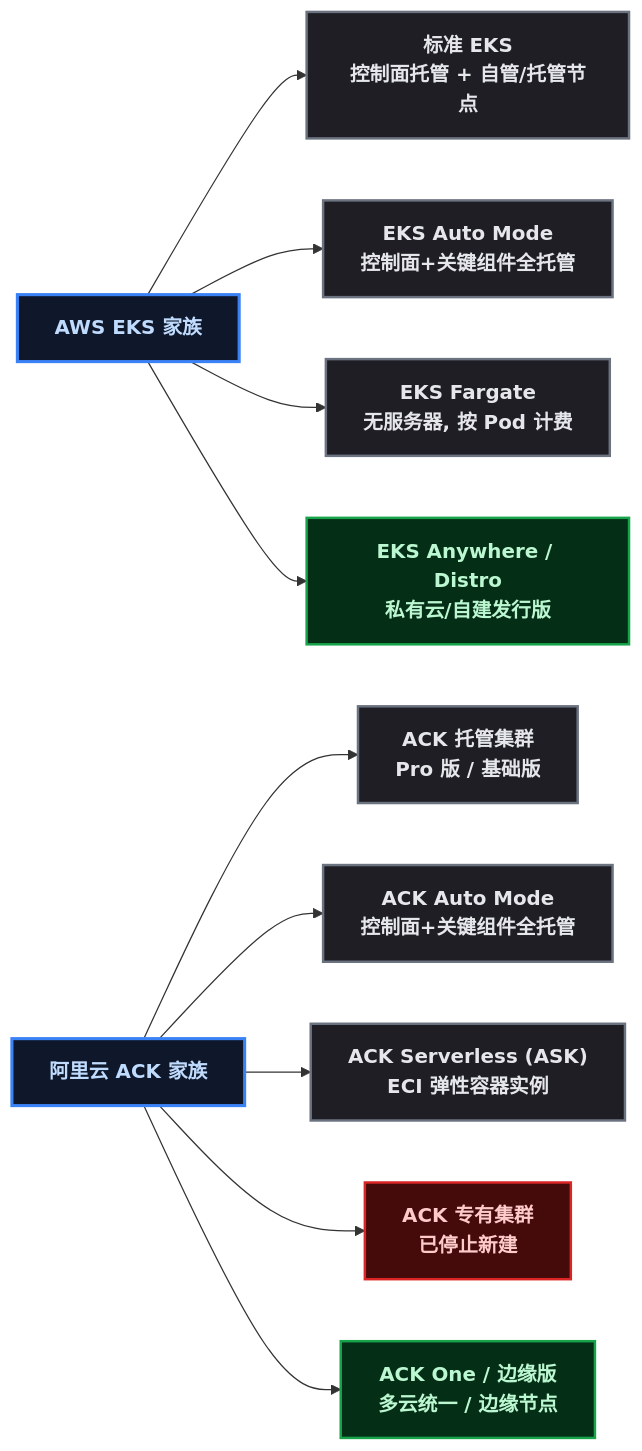
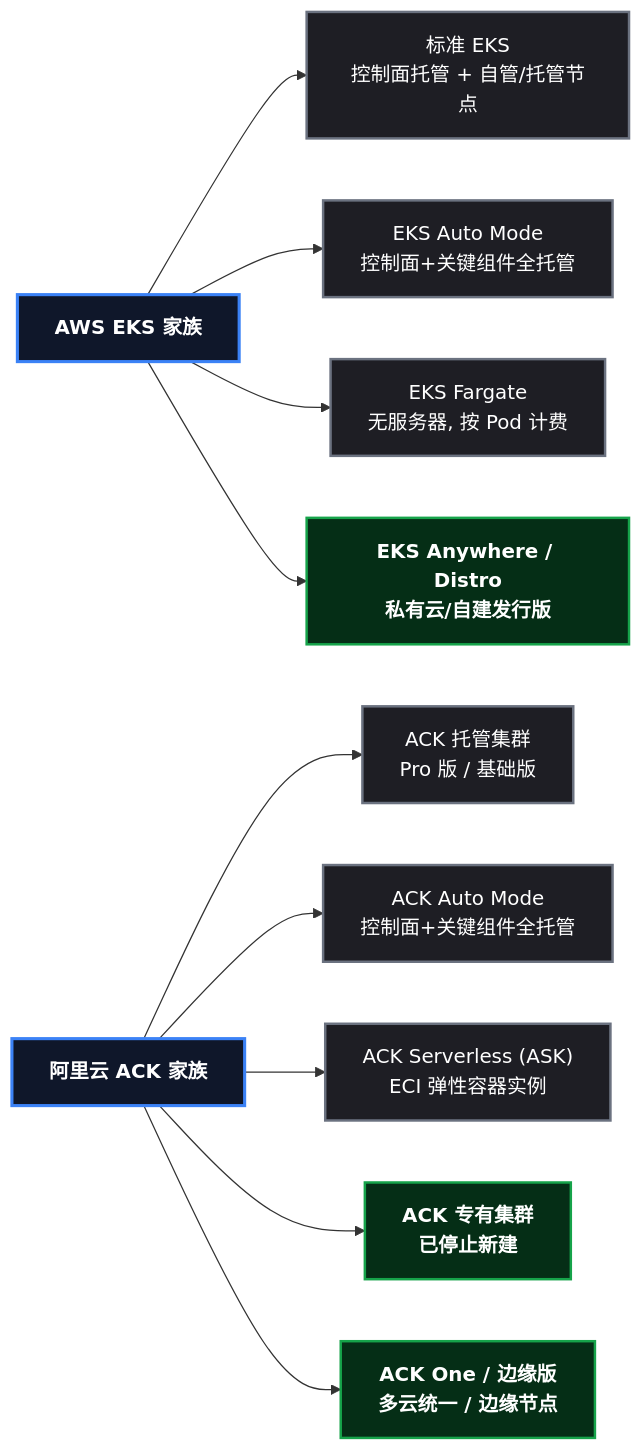
One commit to yaocat55/yaocat55.github.io changed the first of 2 diagrams in content/posts/kubernetes/EksVsAckComparison.md. Above: the diagram before and after it, drawn with Mermaid. The commit also changed other lines of this file and 27 other files, not shown here.

Commit message:
docs: 全系列 93 张 Mermaid 图 classDef 改为 style 强制深底白字(修复部分渲染器白底浅字)+历史文件格式清理

````diff
--- a/content/posts/kubernetes/EksVsAckComparison.md
+++ b/content/posts/kubernetes/EksVsAckComparison.md
@@ -41,35 +41,37 @@
 ```mermaid
 %% EKS 与 ACK 产品线对照
 flowchart LR
-    classDef root fill:#0f172a,stroke:#3b82f6,stroke-width:2.5px,color:#bfdbfe,font-weight:bold;
-    classDef process fill:#1e1e24,stroke:#6b7280,stroke-width:2px,color:#e5e7eb;
-    classDef data fill:#052e16,stroke:#16a34a,stroke-width:2px,color:#bbf7d0,font-weight:bold;
-    classDef reject fill:#450a0a,stroke:#dc2626,stroke-width:2px,color:#fecaca,font-weight:bold;
 
     EKS["AWS EKS 家族"]
     ACK["阿里云 ACK 家族"]
     E1["标准 EKS\n控制面托管 + 自管/托管节点"]
     E2["EKS Auto Mode\n控制面+关键组件全托管"]
     E3["EKS Fargate\n无服务器, 按 Pod 计费"]
     E4["EKS Anywhere / Distro\n私有云/自建发行版"]
     A1["ACK 托管集群\nPro 版 / 基础版"]
     A2["ACK Auto Mode\n控制面+关键组件全托管"]
     A3["ACK Serverless (ASK)\nECI 弹性容器实例"]
     A4["ACK 专有集群\n已停止新建"]
     A5["ACK One / 边缘版\n多云统一 / 边缘节点"]
 
     EKS --> E1
     EKS --> E2
     EKS --> E3
     EKS --> E4
     ACK --> A1
     ACK --> A2
     ACK --> A3
     ACK --> A4
     ACK --> A5
-
-    class EKS,ACK root;
-    class E1,E2,E3,A1,A2,A3 process;
-    class E4,A4,A5 data;
-    class A4 reject;
+    style EKS fill:#0f172a,stroke:#3b82f6,stroke-width:2.5px,color:#ffffff,font-weight:bold
+    style ACK fill:#0f172a,stroke:#3b82f6,stroke-width:2.5px,color:#ffffff,font-weight:bold
+    style E1 fill:#1e1e24,stroke:#6b7280,stroke-width:2px,color:#ffffff
+    style E2 fill:#1e1e24,stroke:#6b7280,stroke-width:2px,color:#ffffff
+    style E3 fill:#1e1e24,stroke:#6b7280,stroke-width:2px,color:#ffffff
+    style A1 fill:#1e1e24,stroke:#6b7280,stroke-width:2px,color:#ffffff
+    style A2 fill:#1e1e24,stroke:#6b7280,stroke-width:2px,color:#ffffff
+    style A3 fill:#1e1e24,stroke:#6b7280,stroke-width:2px,color:#ffffff
+    style E4 fill:#052e16,stroke:#16a34a,stroke-width:2px,color:#ffffff,font-weight:bold
+    style A4 fill:#052e16,stroke:#16a34a,stroke-width:2px,color:#ffffff,font-weight:bold
+    style A5 fill:#052e16,stroke:#16a34a,stroke-width:2px,color:#ffffff,font-weight:bold
 ```
````
